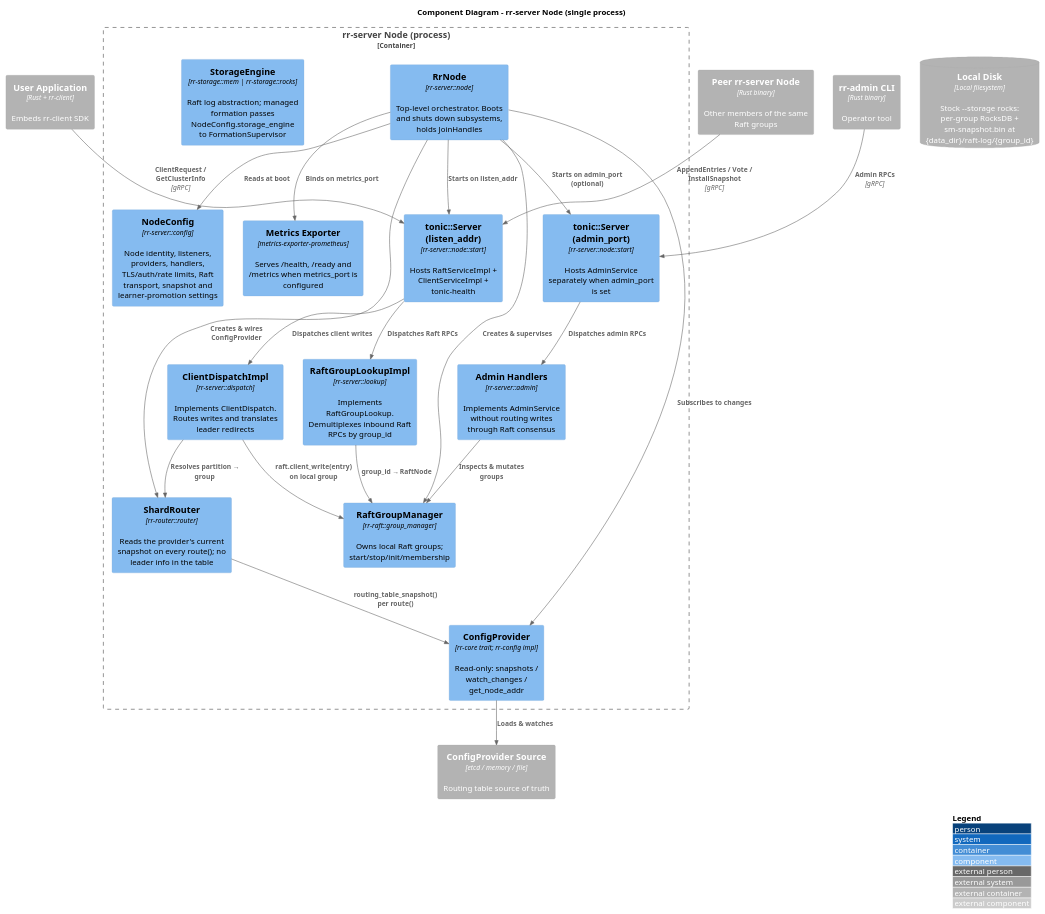
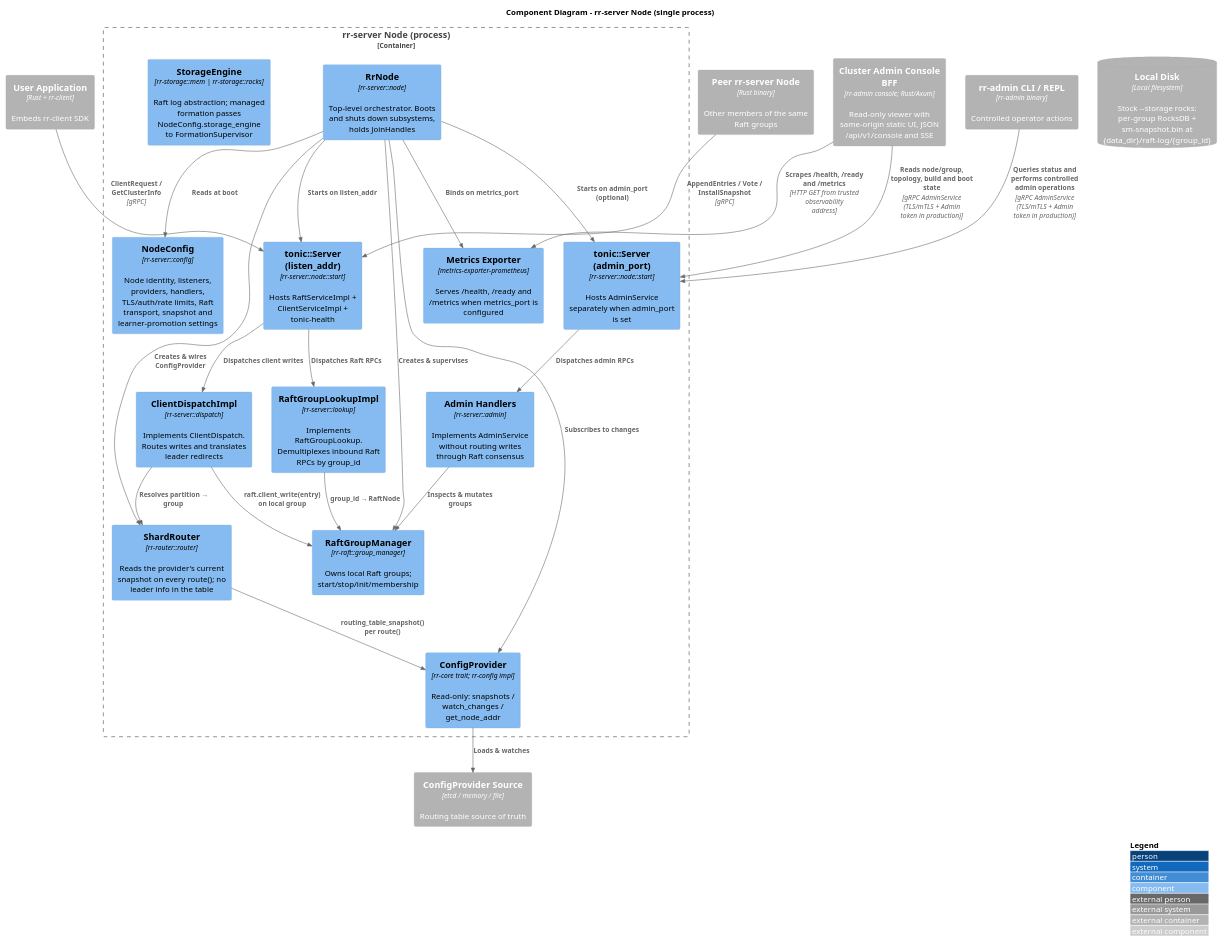
One commit to gardenias/rr changed the diagram in docs/docs/architecture/c4/components-server.md. Above: the diagram before and after it, drawn with PlantUML. The commit also changed other lines of this file and 37 other files, not shown here.

Commit message:
docs: document cluster admin console architecture

````diff
--- a/docs/docs/architecture/c4/components-server.md
+++ b/docs/docs/architecture/c4/components-server.md
@@ -13,57 +13,60 @@
 ```plantuml
 @startuml
 !include <C4/C4_Component.puml>
 
 title Component Diagram - rr-server Node (single process)
 
 Container_Ext(user_app, "User Application", "Rust + rr-client", "Embeds rr-client SDK")
 Container_Ext(peer_node, "Peer rr-server Node", "Rust binary", "Other members of the same Raft groups")
-Container_Ext(admin_cli, "rr-admin CLI", "Rust binary", "Operator tool")
+Container_Ext(admin_cli, "rr-admin CLI / REPL", "rr-admin binary", "Controlled operator actions")
+Container_Ext(console_bff, "Cluster Admin Console BFF", "rr-admin console; Rust/Axum", "Read-only viewer with same-origin static UI, JSON /api/v1/console and SSE")
 ContainerDb_Ext(disk, "Local Disk", "Local filesystem", "Stock --storage rocks: per-group RocksDB + sm-snapshot.bin at {data_dir}/raft-log/{group_id}")
 Container_Ext(config_store, "ConfigProvider Source", "etcd / memory / file", "Routing table source of truth")
 
 Container_Boundary(node, "rr-server Node (process)") {
   Component(rr_node, "RrNode", "rr-server::node", "Top-level orchestrator. Boots and shuts down subsystems, holds JoinHandles")
   Component(node_config, "NodeConfig", "rr-server::config", "Node identity, listeners, providers, handlers, TLS/auth/rate limits, Raft transport, snapshot and learner-promotion settings")
 
   Component(client_dispatch, "ClientDispatchImpl", "rr-server::dispatch", "Implements ClientDispatch. Routes writes and translates leader redirects")
   Component(raft_lookup, "RaftGroupLookupImpl", "rr-server::lookup", "Implements RaftGroupLookup. Demultiplexes inbound Raft RPCs by group_id")
   Component(admin_impl, "Admin Handlers", "rr-server::admin", "Implements AdminService without routing writes through Raft consensus")
 
   Component(metrics_exp, "Metrics Exporter", "metrics-exporter-prometheus", "Serves /health, /ready and /metrics when metrics_port is configured")
 
   Component(main_server, "tonic::Server (listen_addr)", "rr-server::node::start", "Hosts RaftServiceImpl + ClientServiceImpl + tonic-health")
   Component(admin_server, "tonic::Server (admin_port)", "rr-server::node::start", "Hosts AdminService separately when admin_port is set")
   Component(raft_mgr, "RaftGroupManager", "rr-raft::group_manager", "Owns local Raft groups; start/stop/init/membership")
   Component(router, "ShardRouter", "rr-router::router", "Reads the provider's current snapshot on every route(); no leader info in the table")
   Component(cfg_provider, "ConfigProvider", "rr-core trait; rr-config impl", "Read-only: snapshots / watch_changes / get_node_addr")
   Component(storage, "StorageEngine", "rr-storage::mem | rr-storage::rocks", "Raft log abstraction; managed formation passes NodeConfig.storage_engine to FormationSupervisor")
 }
 
 Rel(user_app, main_server, "ClientRequest / GetClusterInfo", "gRPC")
 Rel(peer_node, main_server, "AppendEntries / Vote / InstallSnapshot", "gRPC")
-Rel(admin_cli, admin_server, "Admin RPCs", "gRPC")
+Rel(admin_cli, admin_server, "Queries status and performs controlled admin operations", "gRPC AdminService (TLS/mTLS + Admin token in production)")
+Rel(console_bff, admin_server, "Reads node/group, topology, build and boot state", "gRPC AdminService (TLS/mTLS + Admin token in production)")
+Rel(console_bff, metrics_exp, "Scrapes /health, /ready and /metrics", "HTTP GET from trusted observability address")
 
 Rel(main_server, client_dispatch, "Dispatches client writes")
 Rel(main_server, raft_lookup, "Dispatches Raft RPCs")
 Rel(admin_server, admin_impl, "Dispatches admin RPCs")
 
 Rel(rr_node, main_server, "Starts on listen_addr")
 Rel(rr_node, admin_server, "Starts on admin_port (optional)")
 Rel(rr_node, raft_mgr, "Creates & supervises")
 Rel(rr_node, router, "Creates & wires ConfigProvider")
 Rel(rr_node, cfg_provider, "Subscribes to changes")
 Rel(rr_node, metrics_exp, "Binds on metrics_port")
 Rel(rr_node, node_config, "Reads at boot")
 
 Rel(client_dispatch, router, "Resolves partition → group")
 Rel(client_dispatch, raft_mgr, "raft.client_write(entry) on local group")
 Rel(raft_lookup, raft_mgr, "group_id → RaftNode")
 Rel(admin_impl, raft_mgr, "Inspects & mutates groups")
 
 Rel(router, cfg_provider, "routing_table_snapshot() per route()")
 Rel(cfg_provider, config_store, "Loads & watches")
 
 LAYOUT_WITH_LEGEND()
 @enduml
 ```
````
